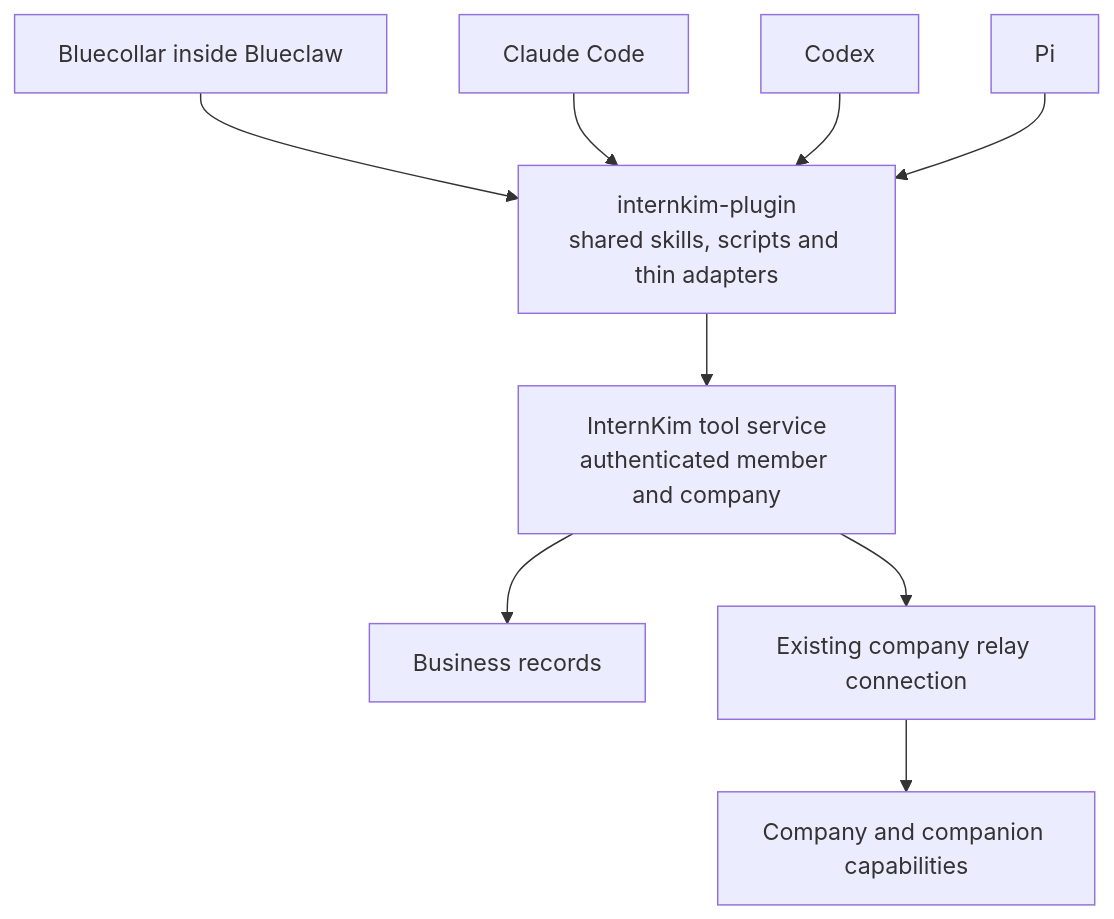
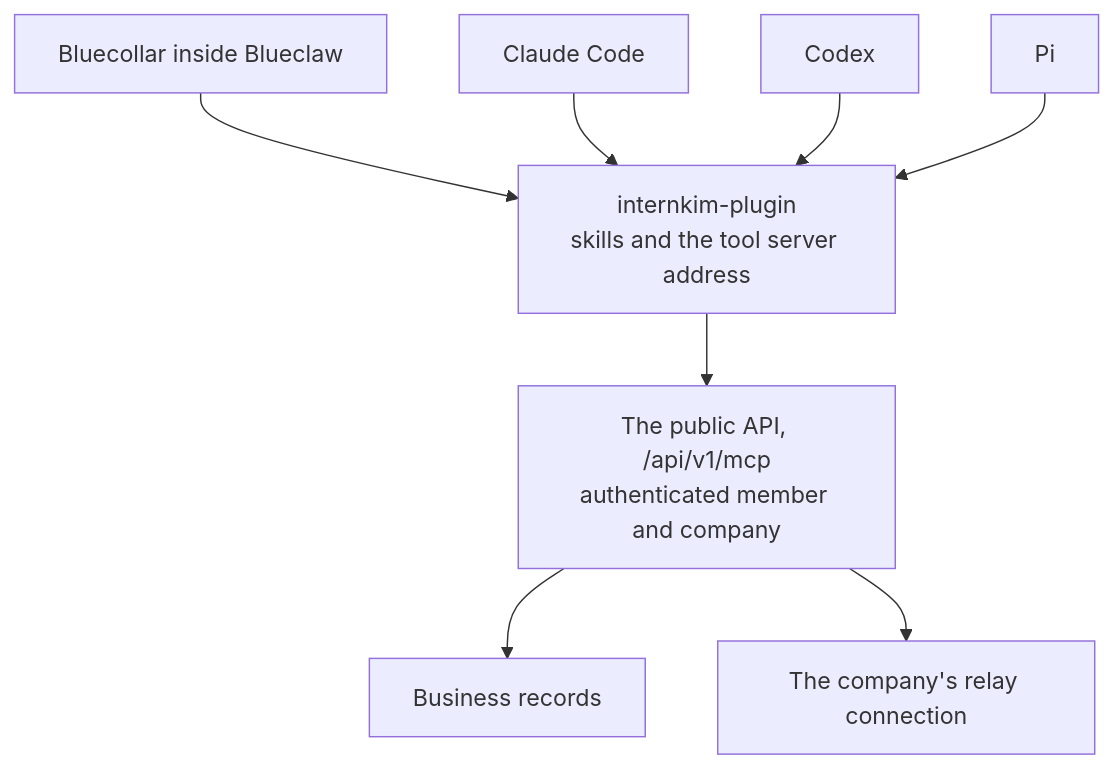
One commit to yeomyeonggeori/internkim changed the second of 2 diagrams in docs/architecture.mdx. Above: the diagram before and after it, drawn with Mermaid. The commit also changed other lines of this file and 24 other files, not shown here.

````diff
--- a/docs/architecture.mdx
+++ b/docs/architecture.mdx
@@ -68,11 +63,10 @@
 ```mermaid
 flowchart TB
     bluecollar["Bluecollar inside Blueclaw"] --> plugin
     claude["Claude Code"] --> plugin
     codex["Codex"] --> plugin
     pi["Pi"] --> plugin
-    plugin["internkim-plugin<br/>shared skills, scripts and thin adapters"] --> service
-    service["InternKim tool service<br/>authenticated member and company"] --> record["Business records"]
-    service --> relay["Existing company relay connection"]
-    relay --> execution["Company and companion capabilities"]
+    plugin["internkim-plugin<br/>skills and the tool server address"] --> service
+    service["The public API, /api/v1/mcp<br/>authenticated member and company"] --> record["Business records"]
+    service --> relay["The company's relay connection"]
 ```
````
